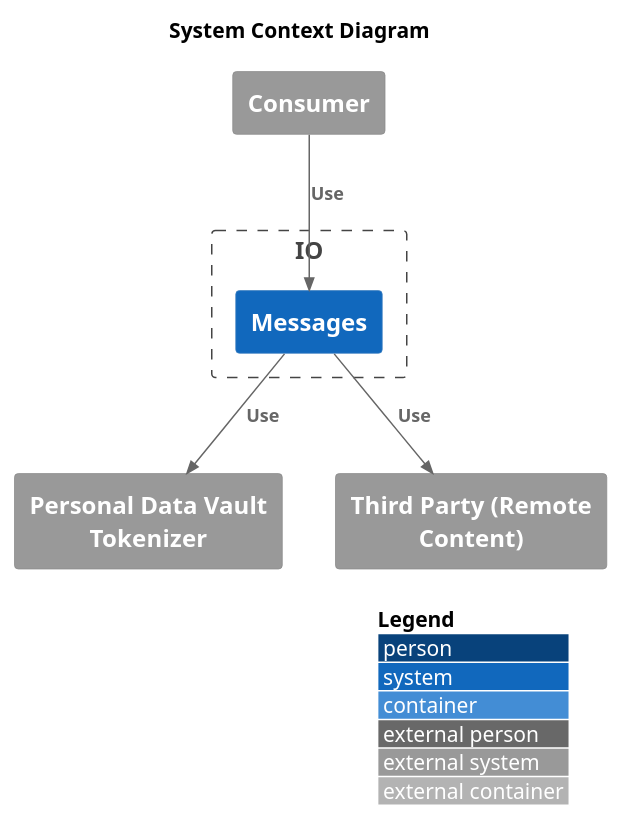
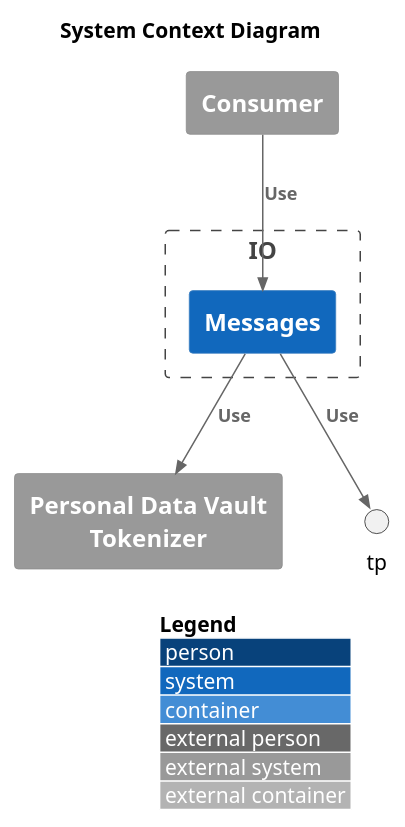
One commit to pagopa/io-messages changed the diagram in docs/data-plan/system-context.puml. Above: the diagram before and after it, drawn with PlantUML.

Commit message:
docs: remove remote content from system-context diagram

```diff
--- a/docs/data-plan/system-context.puml
+++ b/docs/data-plan/system-context.puml
@@ -1,22 +1,21 @@
 @startuml data-plan-system-context
 !include <C4/C4_Context>
 !include <C4/C4_Container>
 
 LAYOUT_WITH_LEGEND()
 
 title System Context Diagram
 
 System_Ext(consumer, "Consumer")
 
 Boundary(io, "IO") {
   System(io_msgs, "Messages")
 }
 
 System_Ext(pdv, "Personal Data Vault Tokenizer")
-System_Ext(tp, "Third Party (Remote Content)")
 
 Rel(consumer, io_msgs, "Use")
 Rel(io_msgs, pdv, "Use")
 Rel(io_msgs, tp, "Use")
 
 @enduml
```
